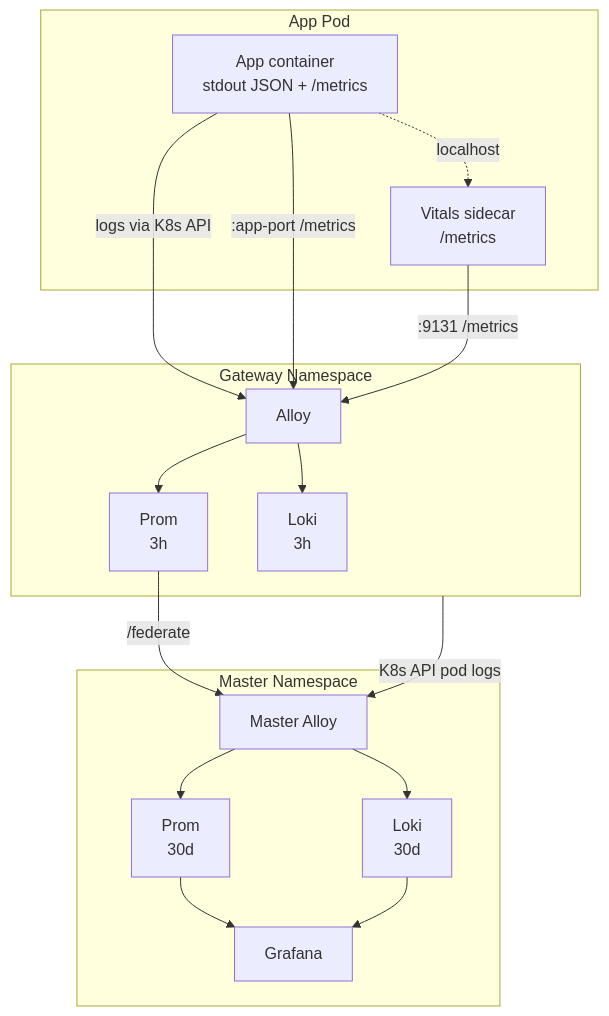
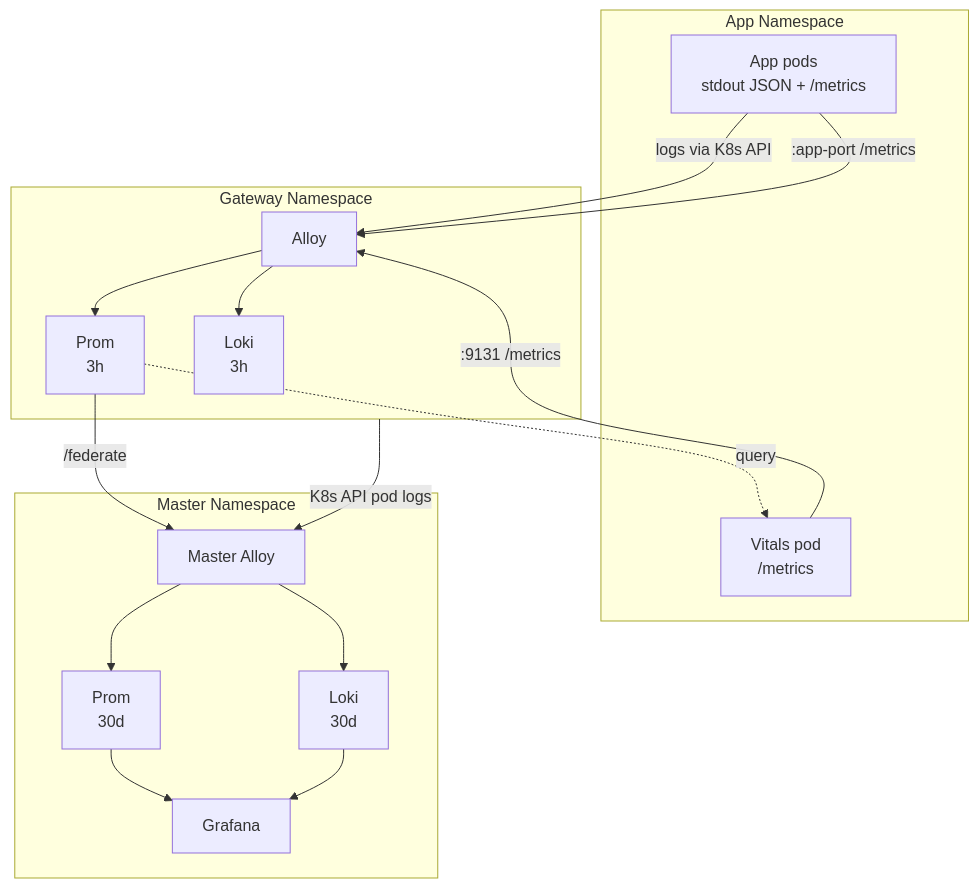
One commit to Kord96/kordinate changed the second of 2 diagrams in docs/reference/patterns/observability-contract.md. Above: the diagram before and after it, drawn with Mermaid. The commit also changed other lines of this file, not shown here.

First line of the commit message:
docs: rewrite observability contract — standalone vitals, no sidecar [scribe]

````diff
--- a/docs/reference/patterns/observability-contract.md
+++ b/docs/reference/patterns/observability-contract.md
@@ -124,24 +142,24 @@
 ```mermaid
 flowchart TB
-    subgraph pod[App Pod]
-        A[App container<br/>stdout JSON + /metrics]
-        V[Vitals sidecar<br/>/metrics]
-        A -.->|localhost| V
+    subgraph ns[App Namespace]
+        A[App pods<br/>stdout JSON + /metrics]
+        V[Vitals pod<br/>/metrics]
     end
 
     subgraph gw[Gateway Namespace]
         AL[Alloy] --> P[Prom<br/>3h] & L[Loki<br/>3h]
     end
 
     A -->|logs via K8s API| AL
     A -->|:app-port /metrics| AL
     V -->|:9131 /metrics| AL
+    P -.->|query| V
 
     subgraph master[Master Namespace]
         MA[Master Alloy] --> MP[Prom<br/>30d] & ML[Loki<br/>30d]
         MP & ML --> G[Grafana]
     end
 
     P -->|/federate| MA
     gw -->|K8s API pod logs| MA
 ```
````
